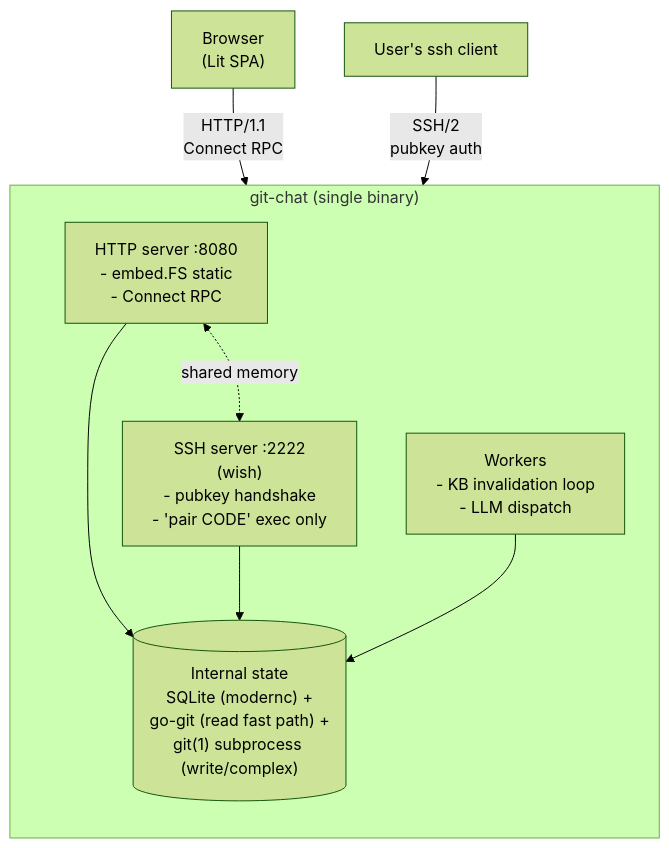
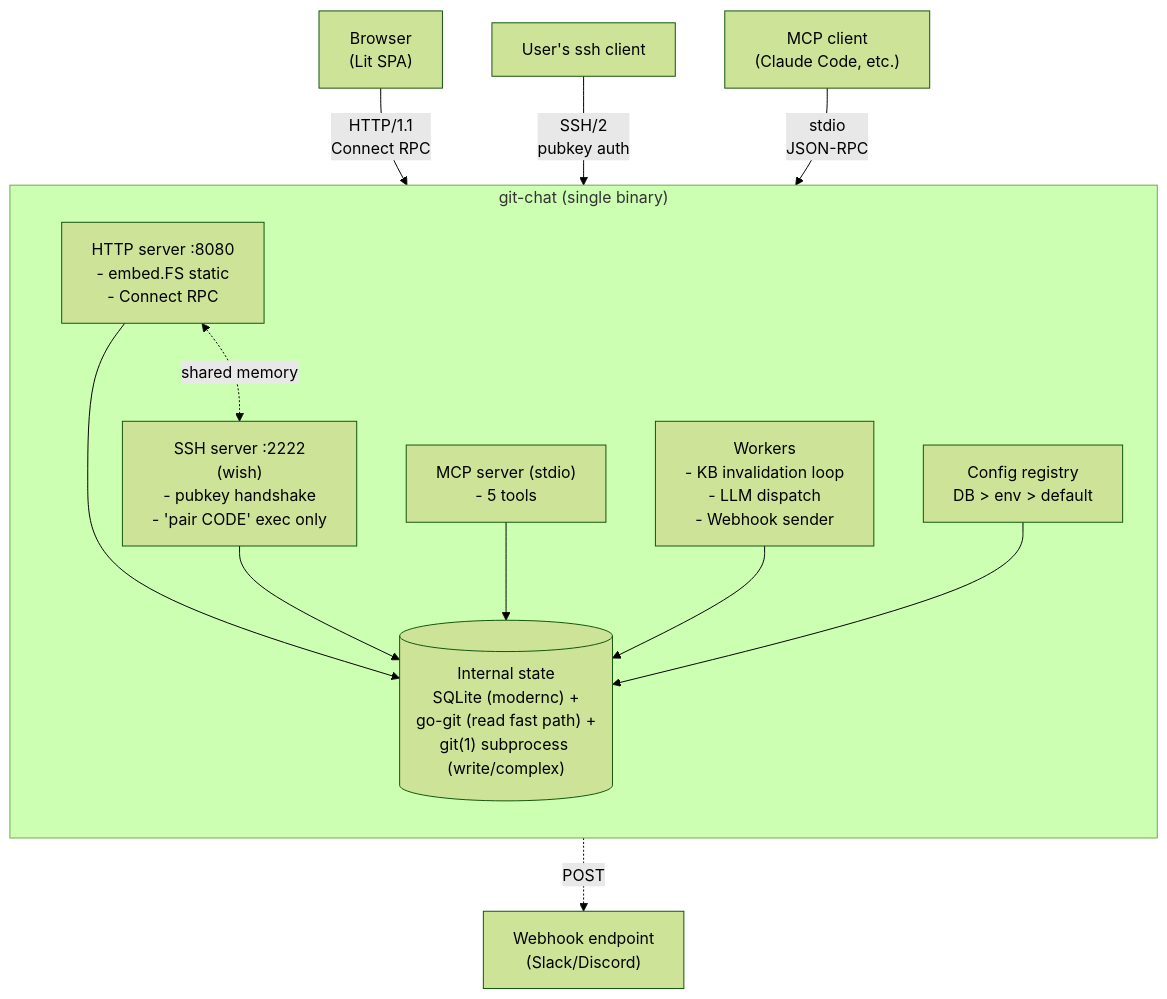
Before and after one commit to pders01/git-chat: the first of 2 diagrams in docs/ARCHITECTURE.md, drawn with Mermaid (forest theme). The commit also changed other lines of this file and 1 other file, not shown here.

First line of the commit message:
docs: update README + ARCHITECTURE for all shipped features

````diff
--- a/docs/ARCHITECTURE.md
+++ b/docs/ARCHITECTURE.md
@@ -83,22 +77,30 @@
 ```mermaid
 flowchart TB
     browser["Browser<br/>(Lit SPA)"]
     sshcli["User's ssh client"]
+    mcpcli["MCP client<br/>(Claude Code, etc.)"]
+    webhookdst["Webhook endpoint<br/>(Slack/Discord)"]
 
     subgraph binary["git-chat (single binary)"]
         direction TB
         http["HTTP server :8080<br/>- embed.FS static<br/>- Connect RPC"]
         ssh["SSH server :2222<br/>(wish)<br/>- pubkey handshake<br/>- 'pair CODE' exec only"]
-        workers["Workers<br/>- KB invalidation loop<br/>- LLM dispatch"]
+        mcp["MCP server (stdio)<br/>- 5 tools"]
+        workers["Workers<br/>- KB invalidation loop<br/>- LLM dispatch<br/>- Webhook sender"]
+        config["Config registry<br/>DB > env > default"]
 
         state[("Internal state<br/>SQLite (modernc) +<br/>go-git (read fast path) +<br/>git(1) subprocess (write/complex)")]
 
         http --> state
         ssh --> state
+        mcp --> state
         workers --> state
+        config --> state
         http <-.shared memory.-> ssh
     end
 
     browser -- "HTTP/1.1<br/>Connect RPC" --> http
     sshcli -- "SSH/2<br/>pubkey auth" --> ssh
+    mcpcli -- "stdio<br/>JSON-RPC" --> mcp
+    workers -. "POST" .-> webhookdst
 ```
````
